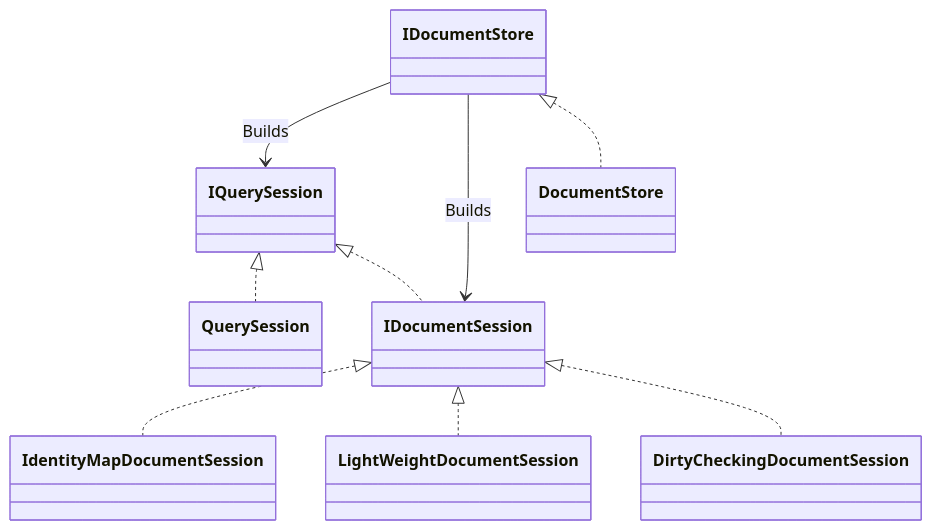
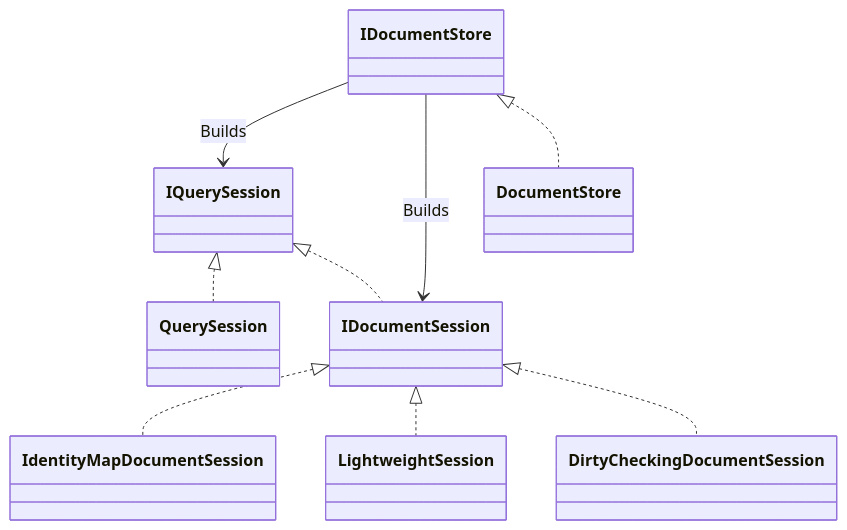
The diagram in docs/documents/sessions.md (JasperFx/marten), drawn with Mermaid before and after one commit. The commit also changed other lines of this file, not shown here.

Commit message:
Replaced term LightWeightDocumentSession in Session documentation with LightweightSession (#3747)

````diff
--- a/docs/documents/sessions.md
+++ b/docs/documents/sessions.md
@@ -7,24 +7,24 @@
 ```mermaid
 classDiagram
 
 class IDocumentStore
 class IQuerySession
 class QuerySession
 class IDocumentSession
 class DocumentStore
 class IdentityMapDocumentSession
-class LightWeightDocumentSession
+class LightweightSession
 class DirtyCheckingDocumentSession
 
 IDocumentStore --> IQuerySession: Builds
 IDocumentStore --> IDocumentSession: Builds
 
 IQuerySession <|.. QuerySession
 IQuerySession <|.. IDocumentSession
 
 IDocumentStore <|.. DocumentStore
 
 IDocumentSession <|.. IdentityMapDocumentSession
-IDocumentSession <|.. LightWeightDocumentSession
+IDocumentSession <|.. LightweightSession
 IDocumentSession <|.. DirtyCheckingDocumentSession
 ```
````
